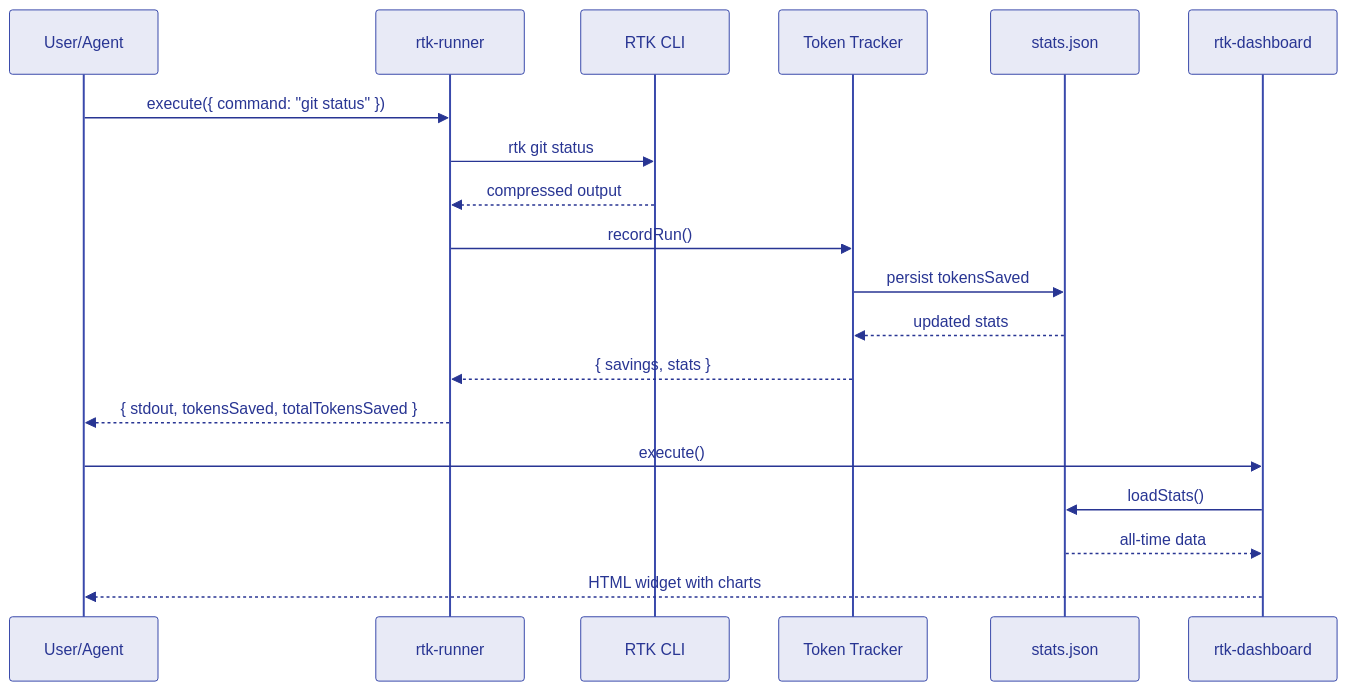
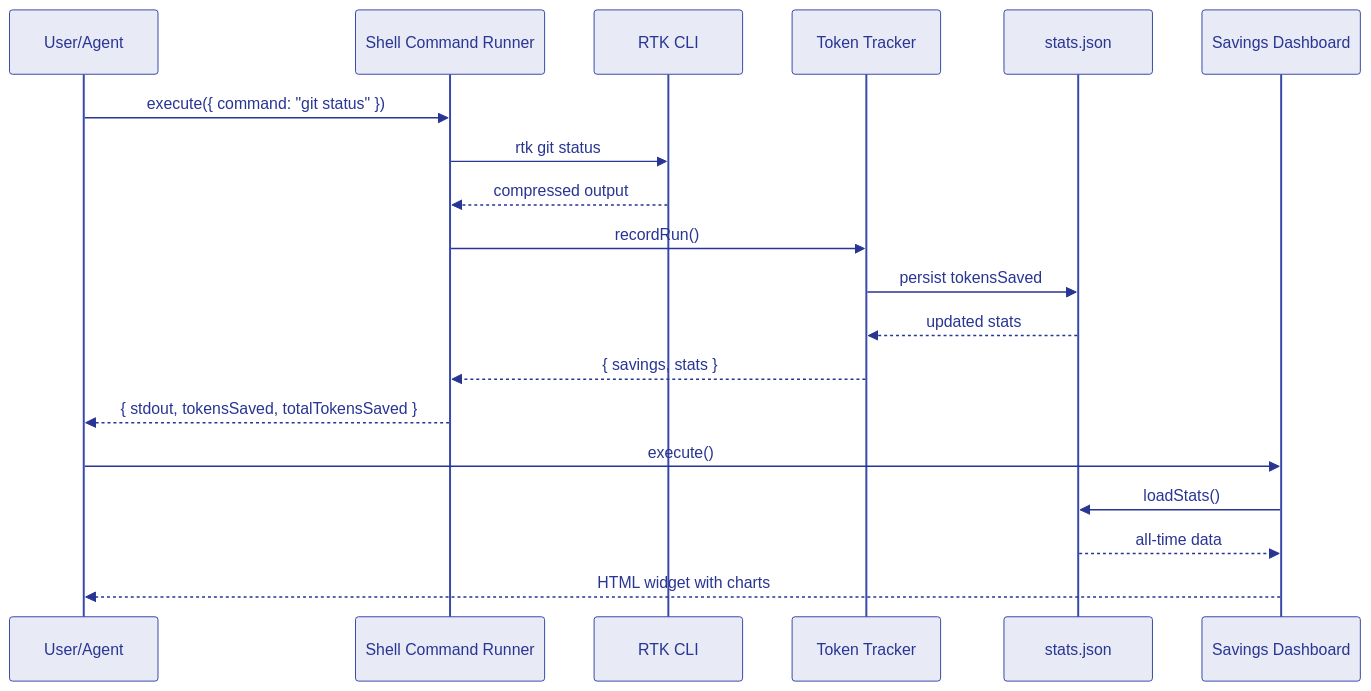
Before and after one commit to unRekable/rtk-agnt-integration: the second of 2 diagrams in README.md, drawn with Mermaid. The commit also changed other lines of this file, not shown here.

````diff
--- a/README.md
+++ b/README.md
@@ -56,24 +158,24 @@
 ```mermaid
 %%{init: {'theme': 'base', 'themeVariables': { 'primaryColor': '#e8eaf6', 'primaryTextColor': '#283593', 'primaryBorderColor': '#3949ab', 'lineColor': '#616161', 'secondaryColor': '#f1f8e9'}}}%%
 sequenceDiagram
     participant User as User/Agent
-    participant Runner as rtk-runner
+    participant Runner as Shell Command Runner
     participant RTK as RTK CLI
     participant Tracker as Token Tracker
     participant Stats as stats.json
-    participant Dash as rtk-dashboard
+    participant Dash as Savings Dashboard
 
     User->>Runner: execute({ command: "git status" })
     Runner->>RTK: rtk git status
     RTK-->>Runner: compressed output
     Runner->>Tracker: recordRun()
     Tracker->>Stats: persist tokensSaved
     Stats-->>Tracker: updated stats
     Tracker-->>Runner: { savings, stats }
     Runner-->>User: { stdout, tokensSaved, totalTokensSaved }
 
     User->>Dash: execute()
     Dash->>Stats: loadStats()
     Stats-->>Dash: all-time data
     Dash-->>User: HTML widget with charts
 ```
````
